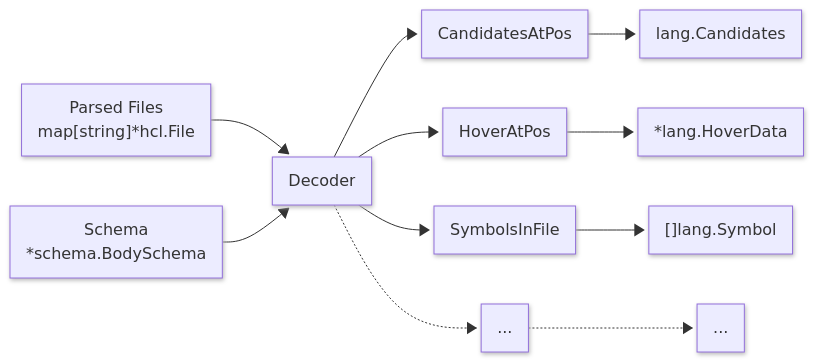
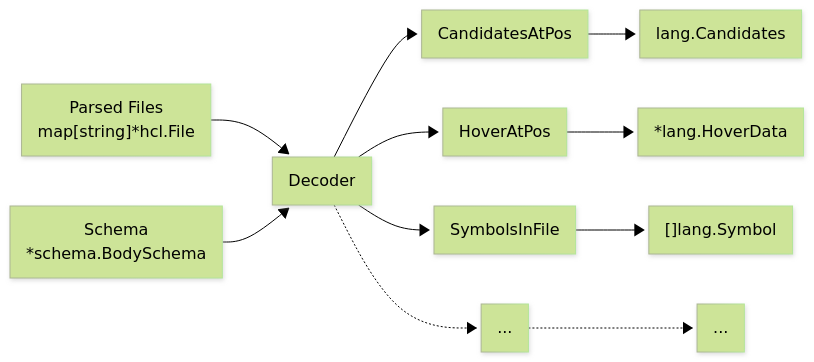
The first of 6 diagrams in docs/architecture.md (opentofu/tofu-ls), drawn with Mermaid before and after one commit. The commit also changed other lines of this file, not shown here.

Commit message:
Architecture.md colors and themeing

````diff
--- a/docs/architecture.md
+++ b/docs/architecture.md
@@ -11,16 +11,20 @@
 ```mermaid
 ---
 config:
-  theme: mc
+  theme: forest
   look: neo
+  themeVariables:
+    darkMode: true
+  flowchart:
+    curve: basis
 ---
 flowchart LR
     Input1["Parsed Files <br>map[string]*hcl.File"] --> Decoder["Decoder"]
     Input2["Schema <br> *schema.BodySchema"] --> Decoder
     Decoder --> Out1["CandidatesAtPos"] & Out2["HoverAtPos"] & Out3["SymbolsInFile"]
     Decoder -.-> Out4["..."]
     Out1 --> Result1["lang.Candidates"]
     Out2 --> Result2["*lang.HoverData"]
     Out3 --> Result3["[]lang.Symbol"]
     Out4 -.-> Result4["..."]
 ```
````
